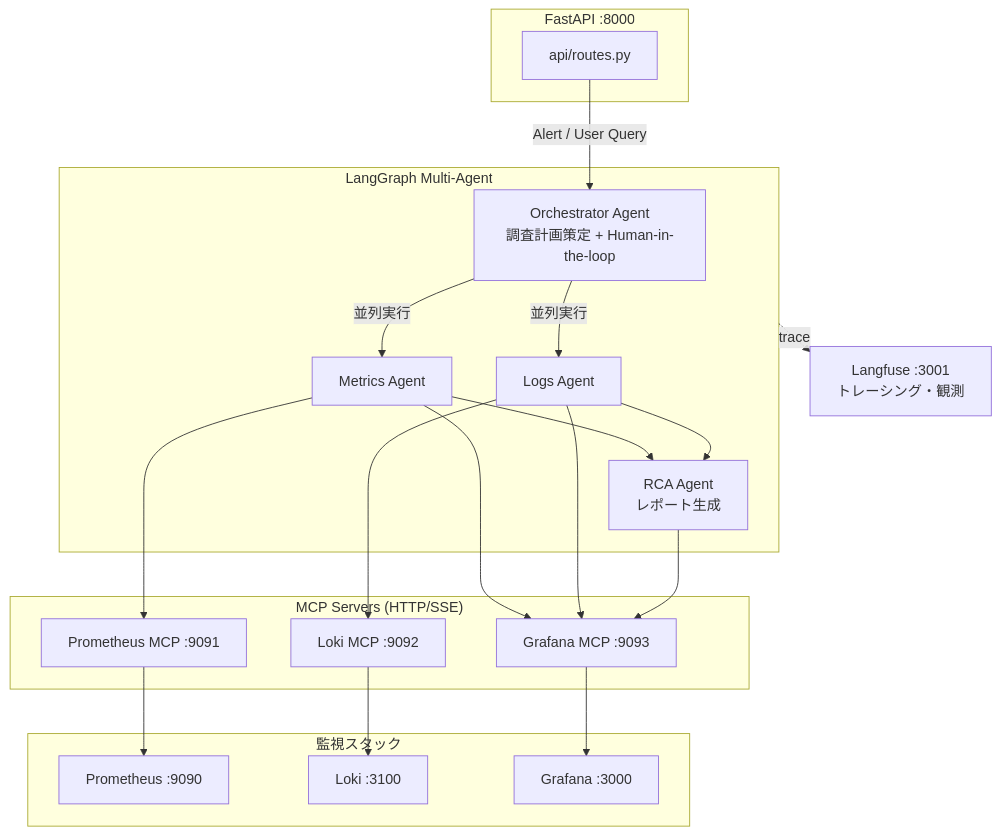
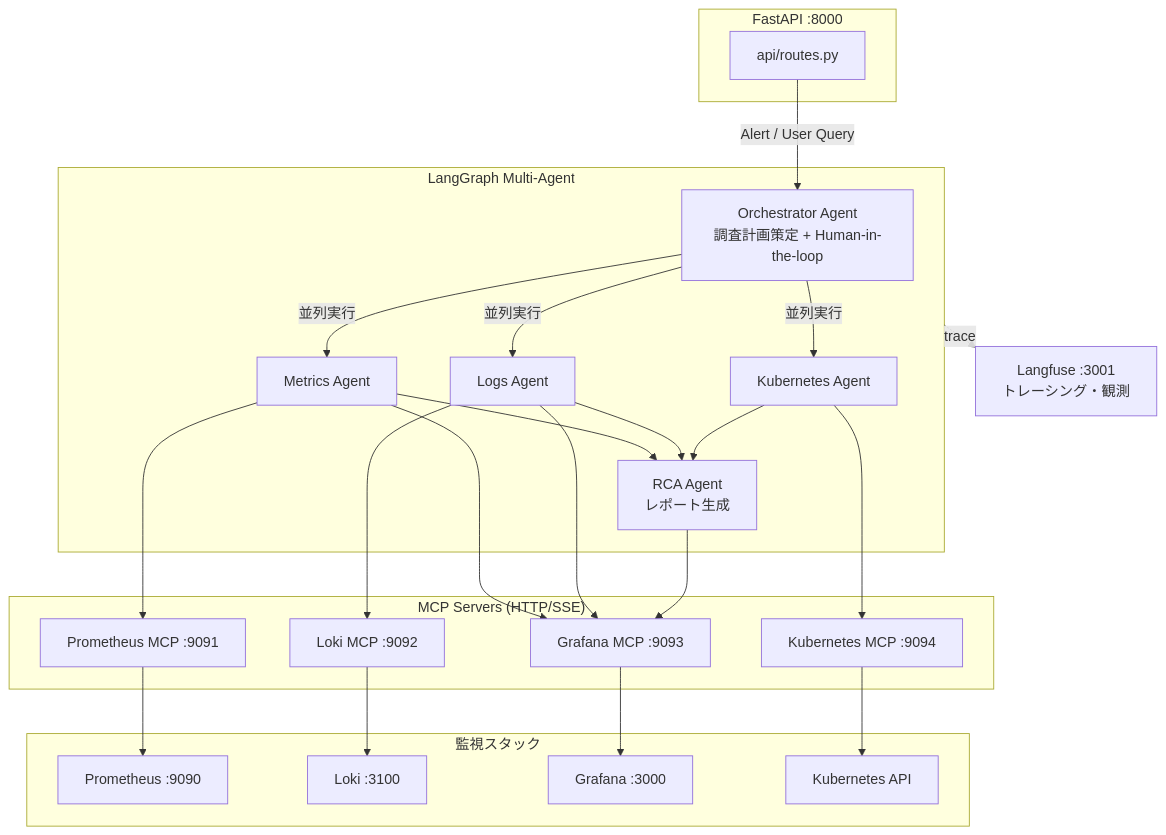
One commit to dokuma/ai-agent-observability changed the first of 2 diagrams in docs/architecture.md. Above: the diagram before and after it, drawn with Mermaid. The commit also changed other lines of this file and 4 other files, not shown here.

First line of the commit message:
Update docs for KubernetesAgent and add K8s/OpenShift deployment guide

````diff
--- a/docs/architecture.md
+++ b/docs/architecture.md
@@ -9,45 +9,52 @@
 ```mermaid
 graph TD
     subgraph API["FastAPI :8000"]
         routes["api/routes.py"]
     end
 
     routes -->|"Alert / User Query"| orchestrator
 
     subgraph Agents["LangGraph Multi-Agent"]
         orchestrator["Orchestrator Agent<br/>調査計画策定 + Human-in-the-loop"]
         metrics["Metrics Agent"]
         logs["Logs Agent"]
+        k8s["Kubernetes Agent"]
         rca["RCA Agent<br/>レポート生成"]
 
         orchestrator -->|並列実行| metrics
         orchestrator -->|並列実行| logs
+        orchestrator -->|並列実行| k8s
         metrics --> rca
         logs --> rca
+        k8s --> rca
     end
 
     subgraph MCP["MCP Servers (HTTP/SSE)"]
         prom_mcp["Prometheus MCP :9091"]
         loki_mcp["Loki MCP :9092"]
         grafana_mcp["Grafana MCP :9093"]
+        k8s_mcp["Kubernetes MCP :9094"]
     end
 
     metrics --> prom_mcp
     metrics --> grafana_mcp
     logs --> loki_mcp
     logs --> grafana_mcp
+    k8s --> k8s_mcp
     rca --> grafana_mcp
 
     subgraph Infra["監視スタック"]
         prometheus["Prometheus :9090"]
         loki["Loki :3100"]
         grafana["Grafana :3000"]
+        k8s_api["Kubernetes API"]
     end
 
     prom_mcp --> prometheus
     loki_mcp --> loki
     grafana_mcp --> grafana
+    k8s_mcp --> k8s_api
 
     langfuse["Langfuse :3001<br/>トレーシング・観測"]
     Agents -.->|trace| langfuse
 ```
````
